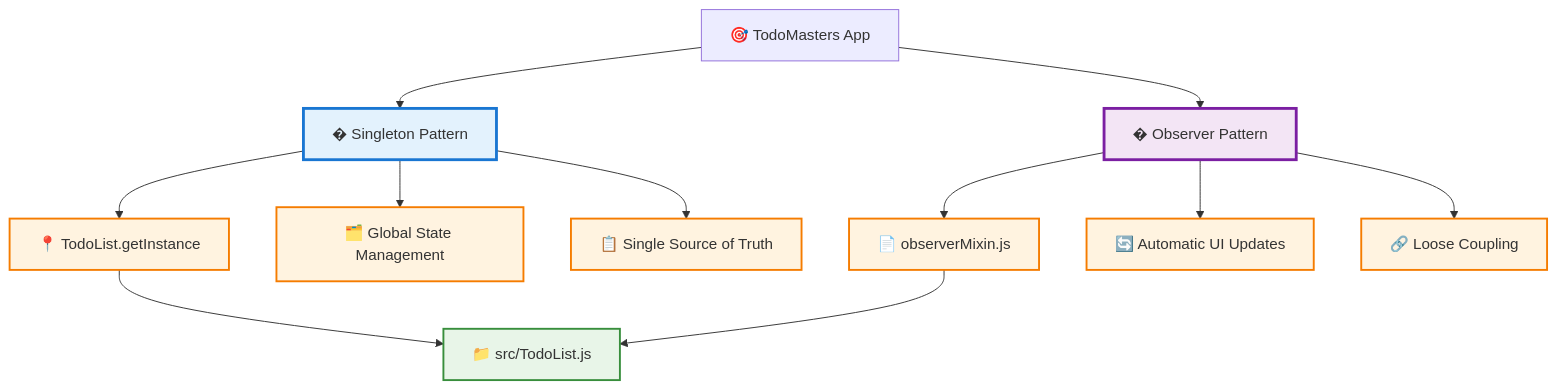
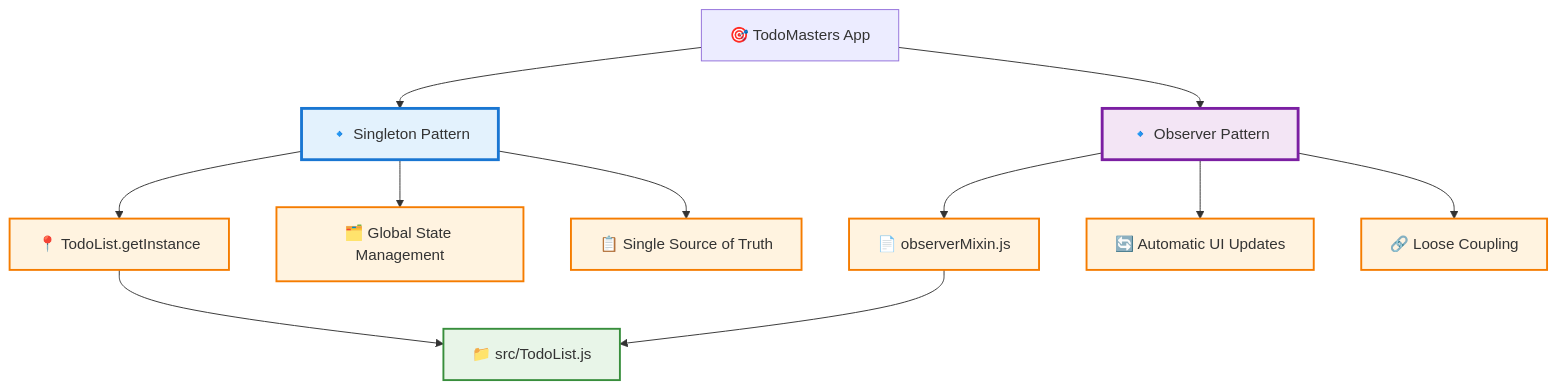
Before and after one commit to Shinkei/js-todo-patterns: the third of 3 diagrams in README.md, drawn with Mermaid. The commit also changed other lines of this file, not shown here.

````diff
--- a/README.md
+++ b/README.md
@@ -97,26 +87,26 @@
 ```mermaid
 flowchart TD
-    A[🎯 TodoMasters App] --> B[� Singleton Pattern]
-    A --> C[� Observer Pattern]
+    A[🎯 TodoMasters App] --> B[🔹 Singleton Pattern]
+    A --> C[🔹 Observer Pattern]
     
     B --> D[📍 TodoList.getInstance]
     B --> E[🗂️ Global State Management]
     B --> F[📋 Single Source of Truth]
     
     C --> G[📄 observerMixin.js]
     C --> H[🔄 Automatic UI Updates]
     C --> I[🔗 Loose Coupling]
     
     D --> J[📁 src/TodoList.js]
     G --> J
     
     classDef singleton fill:#e3f2fd,stroke:#1976d2,stroke-width:3px
     classDef observer fill:#f3e5f5,stroke:#7b1fa2,stroke-width:3px
     classDef file fill:#e8f5e8,stroke:#388e3c,stroke-width:2px
     classDef feature fill:#fff3e0,stroke:#f57c00,stroke-width:2px
     
     class B singleton
     class C observer
     class J file
     class D,E,F,G,H,I feature
 ```
````
